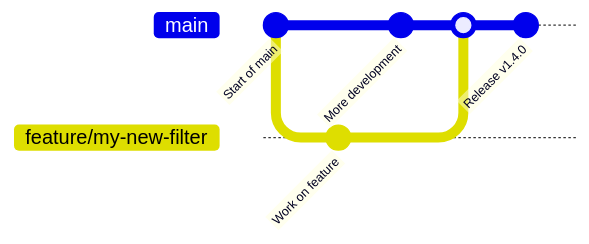
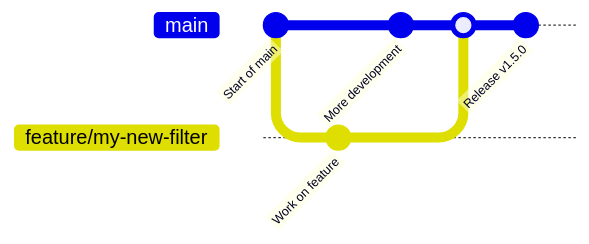
Before and after one commit to PlainsightAI/openfilter: the first of 2 diagrams in CONTRIBUTING.md, drawn with Mermaid. The commit also changed other lines of this file and 7 other files, not shown here.

````diff
--- a/CONTRIBUTING.md
+++ b/CONTRIBUTING.md
@@ -383,11 +383,11 @@
 ```mermaid
 gitGraph
    commit id: "Start of main"
    branch feature/my-new-filter
    commit id: "Work on feature"
    checkout main
    commit id: "More development"
    merge feature/my-new-filter
-   commit id: "Release v1.4.0"
+   commit id: "Release v1.5.0"
 
 ```
````
